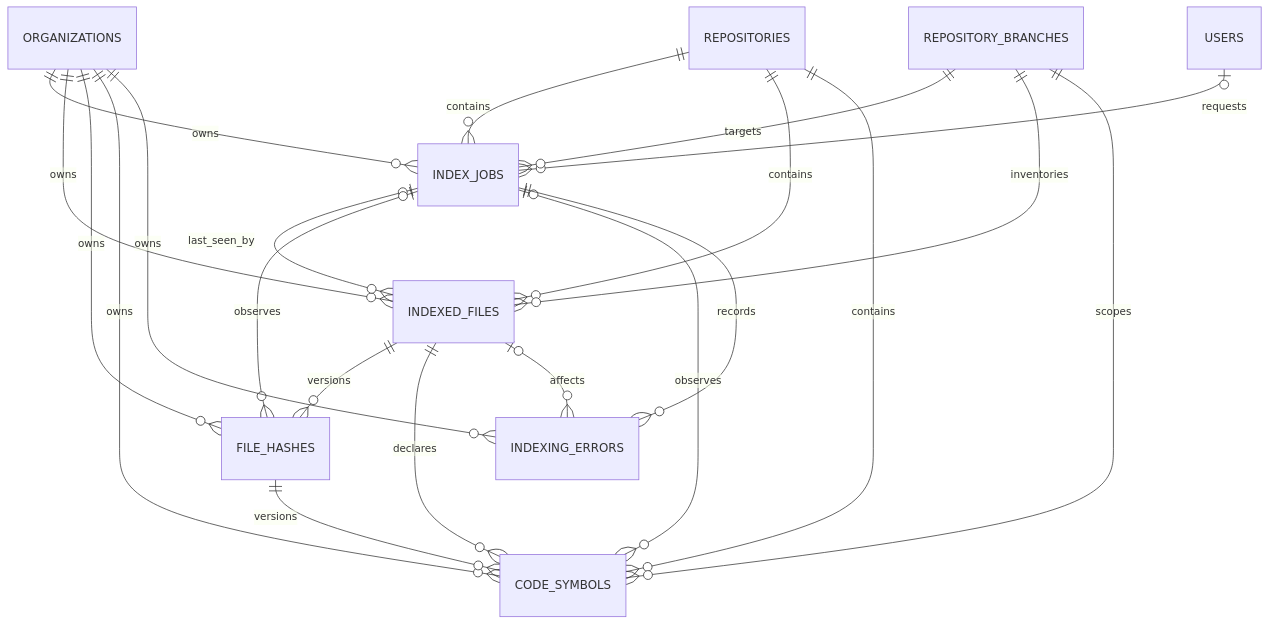
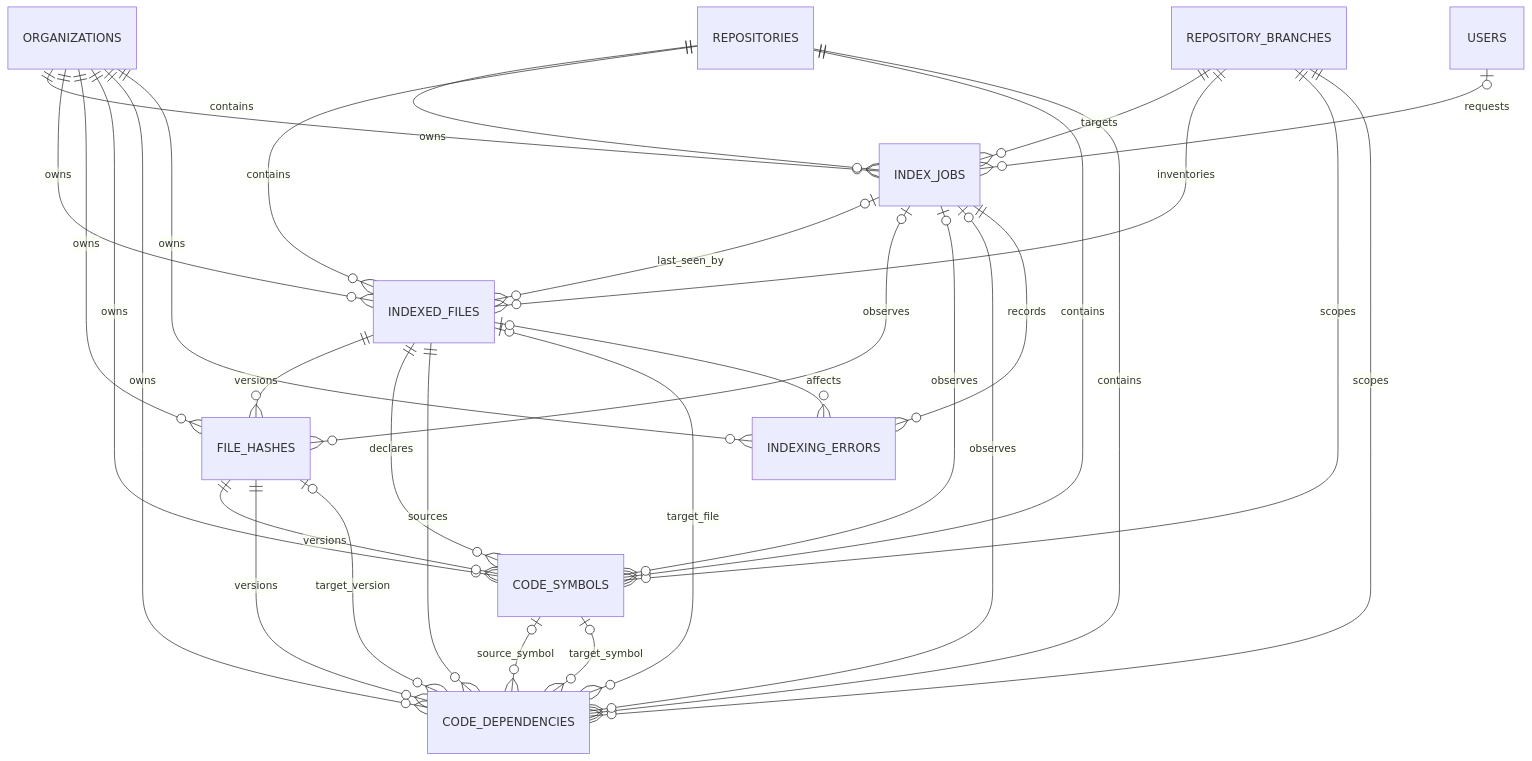
One commit to Pradeep1816/codemind-api changed the diagram in docs/03-database/indexing-strategy.md. Above: the diagram before and after it, drawn with Mermaid. The commit also changed other lines of this file and 22 other files, not shown here.

First line of the commit message:
feat(indexing): build versioned code dependency graph

````diff
--- a/docs/03-database/indexing-strategy.md
+++ b/docs/03-database/indexing-strategy.md
@@ -30,27 +31,38 @@
 ```mermaid
 erDiagram
     ORGANIZATIONS ||--o{ INDEX_JOBS : owns
     USERS o|--o{ INDEX_JOBS : requests
     REPOSITORIES ||--o{ INDEX_JOBS : contains
     REPOSITORY_BRANCHES ||--o{ INDEX_JOBS : targets
 
     ORGANIZATIONS ||--o{ INDEXED_FILES : owns
     REPOSITORIES ||--o{ INDEXED_FILES : contains
     REPOSITORY_BRANCHES ||--o{ INDEXED_FILES : inventories
     INDEX_JOBS o|--o{ INDEXED_FILES : last_seen_by
 
     ORGANIZATIONS ||--o{ FILE_HASHES : owns
     INDEXED_FILES ||--o{ FILE_HASHES : versions
     INDEX_JOBS o|--o{ FILE_HASHES : observes
 
     ORGANIZATIONS ||--o{ CODE_SYMBOLS : owns
     REPOSITORIES ||--o{ CODE_SYMBOLS : contains
     REPOSITORY_BRANCHES ||--o{ CODE_SYMBOLS : scopes
     INDEXED_FILES ||--o{ CODE_SYMBOLS : declares
     FILE_HASHES ||--o{ CODE_SYMBOLS : versions
     INDEX_JOBS o|--o{ CODE_SYMBOLS : observes
 
+    ORGANIZATIONS ||--o{ CODE_DEPENDENCIES : owns
+    REPOSITORIES ||--o{ CODE_DEPENDENCIES : contains
+    REPOSITORY_BRANCHES ||--o{ CODE_DEPENDENCIES : scopes
+    INDEXED_FILES ||--o{ CODE_DEPENDENCIES : sources
+    FILE_HASHES ||--o{ CODE_DEPENDENCIES : versions
+    CODE_SYMBOLS o|--o{ CODE_DEPENDENCIES : source_symbol
+    INDEXED_FILES o|--o{ CODE_DEPENDENCIES : target_file
+    FILE_HASHES o|--o{ CODE_DEPENDENCIES : target_version
+    CODE_SYMBOLS o|--o{ CODE_DEPENDENCIES : target_symbol
+    INDEX_JOBS o|--o{ CODE_DEPENDENCIES : observes
+
     ORGANIZATIONS ||--o{ INDEXING_ERRORS : owns
     INDEX_JOBS ||--o{ INDEXING_ERRORS : records
     INDEXED_FILES o|--o{ INDEXING_ERRORS : affects
 ```
````
